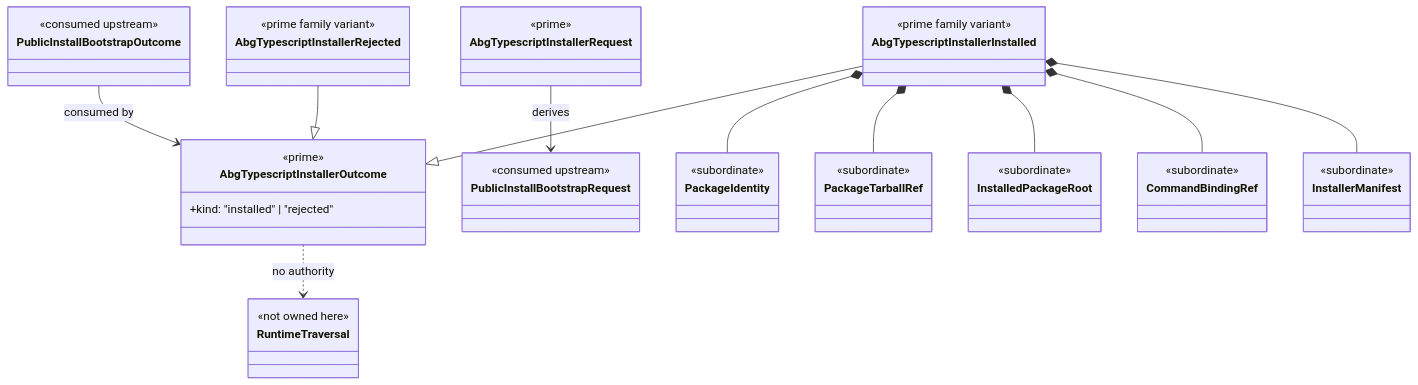
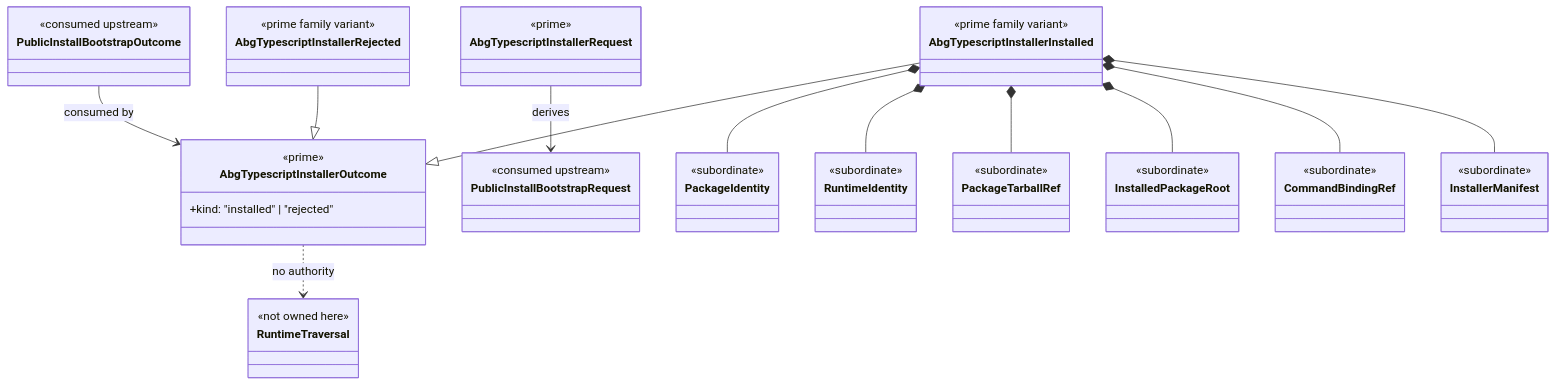
One commit to foolishimp/abiogenesis changed the diagram in build_tenants/abiogenesis/typescript/design/M04_TYPESCRIPT_INSTALLER_STRUCTURAL_CARRIER_DIAGRAM.md. Above: the diagram before and after it, drawn with Mermaid. The commit also changed other lines of this file and 10 other files, not shown here.

````diff
--- a/build_tenants/abiogenesis/typescript/design/M04_TYPESCRIPT_INSTALLER_STRUCTURAL_CARRIER_DIAGRAM.md
+++ b/build_tenants/abiogenesis/typescript/design/M04_TYPESCRIPT_INSTALLER_STRUCTURAL_CARRIER_DIAGRAM.md
@@ -15,68 +15,73 @@
 ```mermaid
 classDiagram
 
 class AbgTypescriptInstallerRequest {
   <<prime>>
   <<authoritative>>
 }
 
 class AbgTypescriptInstallerOutcome {
   <<prime>>
   <<authoritative>>
   +kind: "installed" | "rejected"
 }
 
 class AbgTypescriptInstallerInstalled {
   <<prime family variant>>
 }
 
 class AbgTypescriptInstallerRejected {
   <<prime family variant>>
 }
 
 class PublicInstallBootstrapRequest {
   <<consumed upstream>>
 }
 
 class PublicInstallBootstrapOutcome {
   <<consumed upstream>>
 }
 
 class PackageIdentity {
   <<subordinate>>
 }
 
+class RuntimeIdentity {
+  <<subordinate>>
+}
+
 class PackageTarballRef {
   <<subordinate>>
 }
 
 class InstalledPackageRoot {
   <<subordinate>>
 }
 
 class CommandBindingRef {
   <<subordinate>>
 }
 
 class InstallerManifest {
   <<subordinate>>
 }
 
 class RuntimeTraversal {
   <<not owned here>>
 }
 
 AbgTypescriptInstallerRequest --> PublicInstallBootstrapRequest : derives
 PublicInstallBootstrapOutcome --> AbgTypescriptInstallerOutcome : consumed by
 
 AbgTypescriptInstallerInstalled --|> AbgTypescriptInstallerOutcome
 AbgTypescriptInstallerRejected --|> AbgTypescriptInstallerOutcome
 
 AbgTypescriptInstallerInstalled *-- PackageIdentity
+AbgTypescriptInstallerInstalled *-- RuntimeIdentity
 AbgTypescriptInstallerInstalled *-- PackageTarballRef
 AbgTypescriptInstallerInstalled *-- InstalledPackageRoot
 AbgTypescriptInstallerInstalled *-- CommandBindingRef
 AbgTypescriptInstallerInstalled *-- InstallerManifest
 
 AbgTypescriptInstallerOutcome ..> RuntimeTraversal : no authority
 ```
````
